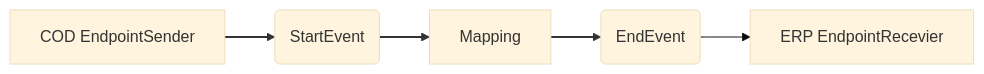
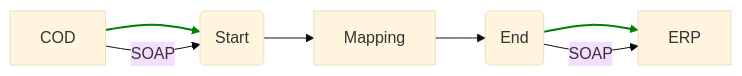
The diagram in MMZ - Cell Iflows/Check_Connectivity_to_SAP_Business_Suite_MMZ-1.0.4/readme.md (Avvale-IA-CICD/AvvaleCPI), drawn with Mermaid (base theme) before and after one commit. The commit also changed other lines of this file, not shown here.

````diff
--- a/MMZ - Cell Iflows/Check_Connectivity_to_SAP_Business_Suite_MMZ-1.0.4/readme.md
+++ b/MMZ - Cell Iflows/Check_Connectivity_to_SAP_Business_Suite_MMZ-1.0.4/readme.md
@@ -4,9 +4,11 @@
 ```mermaid
 graph LR
-    COD[COD EndpointSender] --> SOAP_COD(StartEvent)
-    SOAP_COD --> Mapping
-    Mapping --> SOAP_ERP(EndEvent)
-    SOAP_ERP --> ERP[ERP EndpointRecevier]
-    linkStyle 0,2 stroke:#333, stroke-width:2px;
-    linkStyle 1 stroke:#333, stroke-width:2px;
+    COD[COD] --> StartEvent(Start)
+    linkStyle 0  stroke-width:2px,stroke:green;
+    StartEvent --> Mapping[Mapping]
+    Mapping --> EndEvent(End)
+    EndEvent --> ERP[ERP]
+    linkStyle 3 stroke-width:2px,stroke:green;
+    COD -- SOAP --> StartEvent
+    EndEvent -- SOAP --> ERP
 ```
````
